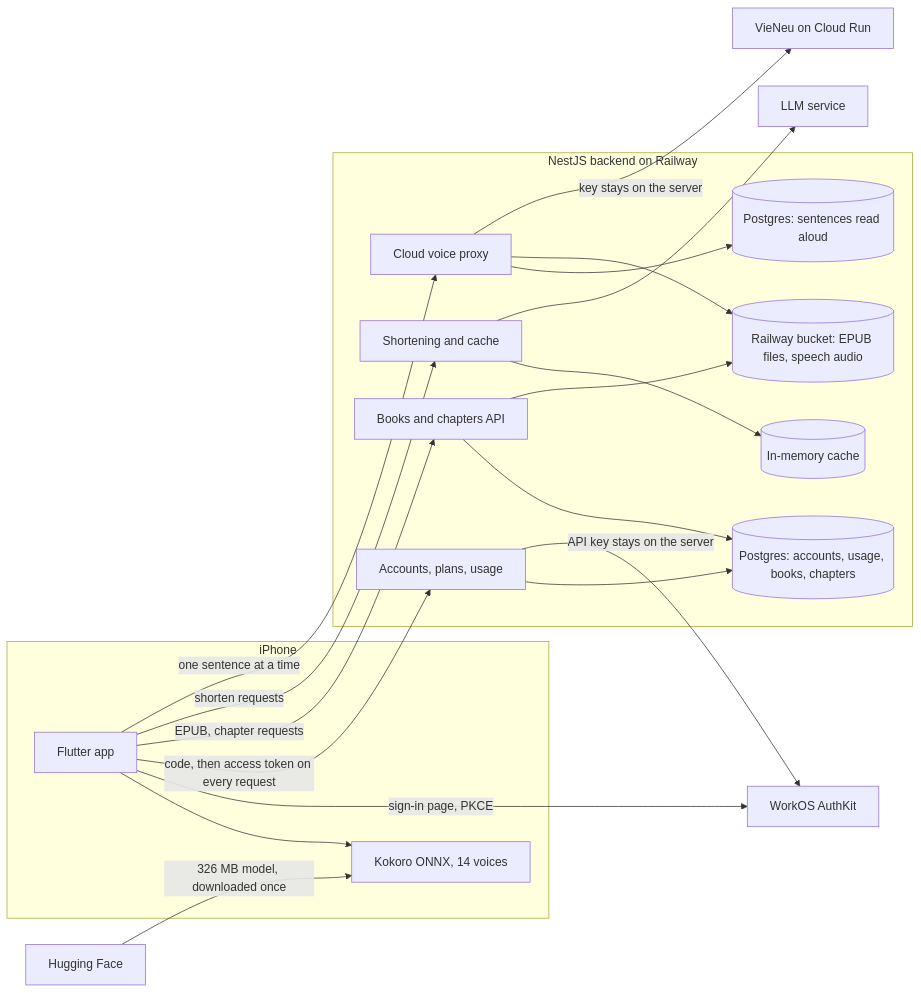
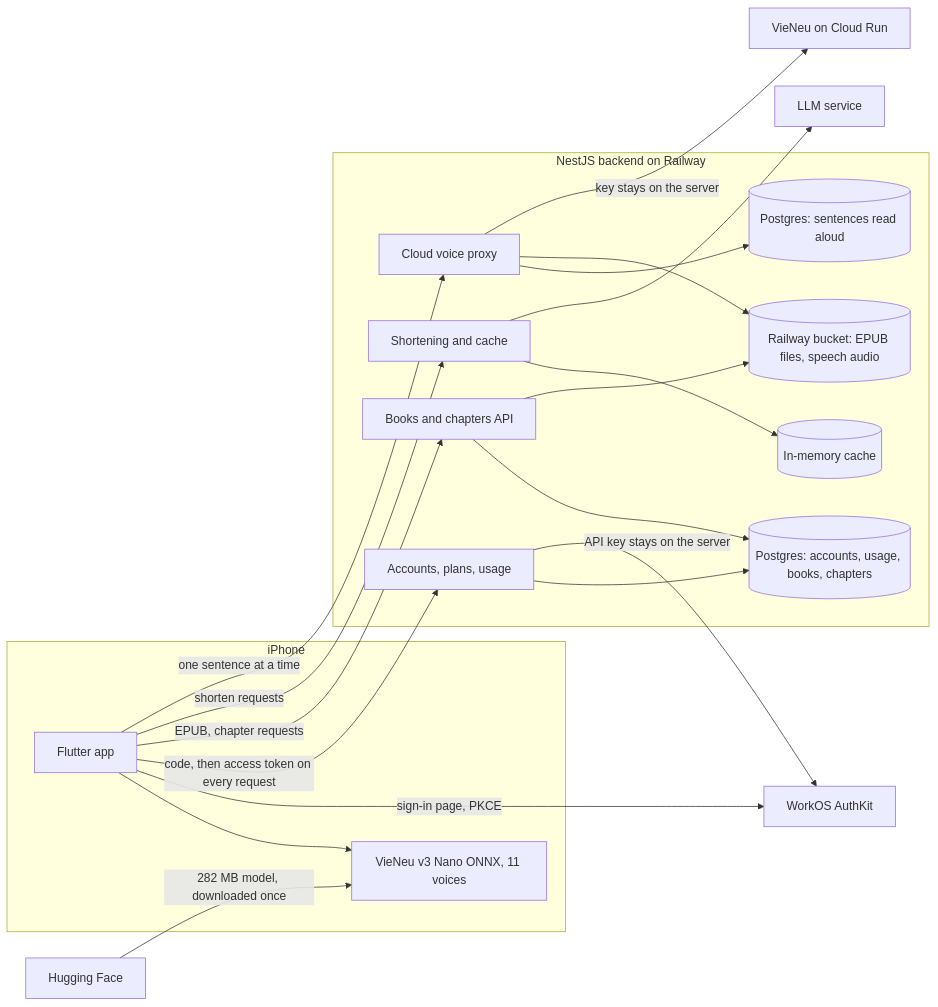
The second of 2 diagrams in README.md (tinwritescode/ereader-ai), drawn with Mermaid before and after one commit. The commit also changed other lines of this file and 42 other files, not shown here.

First line of the commit message:
Read offline with VieNeu v3 Nano in place of Kokoro

````diff
--- a/README.md
+++ b/README.md
@@ -71,40 +71,40 @@
 ```mermaid
 flowchart LR
     subgraph phone["iPhone"]
         ui["Flutter app"]
-        tts["Kokoro ONNX, 14 voices"]
+        tts["VieNeu v3 Nano ONNX, 11 voices"]
         ui --> tts
     end
 
     subgraph server["NestJS backend on Railway"]
         api["Books and chapters API"]
         digest["Shortening and cache"]
         speech["Cloud voice proxy"]
         accounts["Accounts, plans, usage"]
         memory[("In-memory cache")]
         db[("Postgres: accounts, usage, books, chapters")]
         digest --> memory
         api --> db
         accounts --> db
         clips[("Postgres: sentences read aloud")]
         bucket[("Railway bucket: EPUB files, speech audio")]
         api --> bucket
         speech --> clips
         speech --> bucket
     end
 
     llm["LLM service"]
     hf["Hugging Face"]
     gcloud["VieNeu on Cloud Run"]
     workos["WorkOS AuthKit"]
 
     ui -- "sign-in page, PKCE" --> workos
     ui -- "code, then access token on every request" --> accounts
     accounts -- "API key stays on the server" --> workos
     ui -- "EPUB, chapter requests" --> api
     ui -- "shorten requests" --> digest
     digest --> llm
-    hf -- "326 MB model, downloaded once" --> tts
+    hf -- "282 MB model, downloaded once" --> tts
     ui -- "one sentence at a time" --> speech
     speech -- "key stays on the server" --> gcloud
 ```
````
